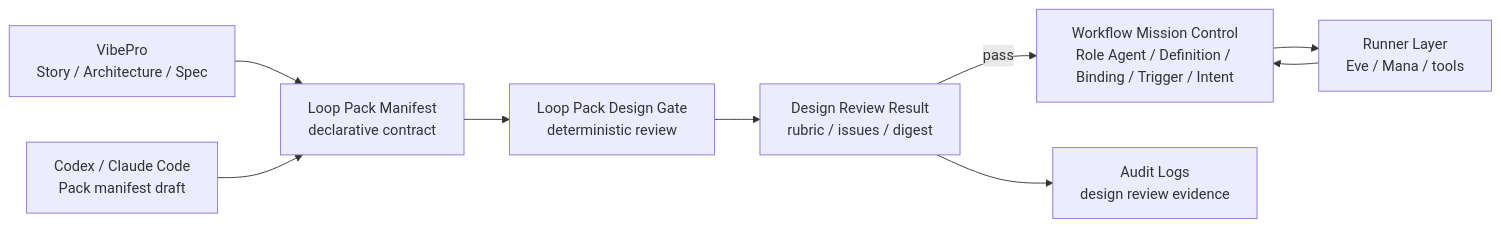
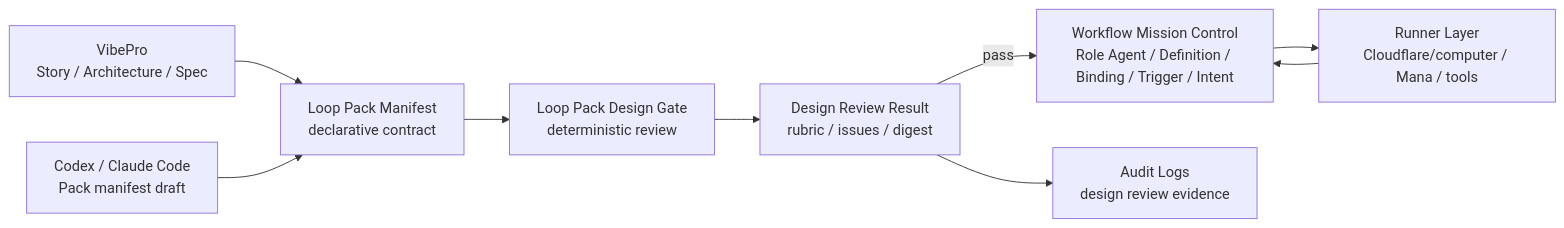
Before and after one commit to Unson-LLC/brainbase: the first of 3 diagrams in docs/architecture/loop-pack-design-gate-architecture.md, drawn with Mermaid. The commit also changed other lines of this file and 103 other files, not shown here.

````diff
--- a/docs/architecture/loop-pack-design-gate-architecture.md
+++ b/docs/architecture/loop-pack-design-gate-architecture.md
@@ -7,20 +7,20 @@
 ```mermaid
 flowchart LR;
   codex["Codex / Claude Code<br/>Pack manifest draft"];
   story["VibePro<br/>Story / Architecture / Spec"];
   manifest["Loop Pack Manifest<br/>declarative contract"];
   gate["Loop Pack Design Gate<br/>deterministic review"];
   review["Design Review Result<br/>rubric / issues / digest"];
   control["Workflow Mission Control<br/>Role Agent / Definition / Binding / Trigger / Intent"];
   audit["Audit Logs<br/>design review evidence"];
-  runner["Runner Layer<br/>Eve / Mana / tools"];
+  runner["Runner Layer<br/>Cloudflare/computer / Mana / tools"];
 
   story --> manifest;
   codex --> manifest;
   manifest --> gate;
   gate --> review;
   review -->|pass| control;
   review --> audit;
   control --> runner;
   runner --> control;
 ```
````
